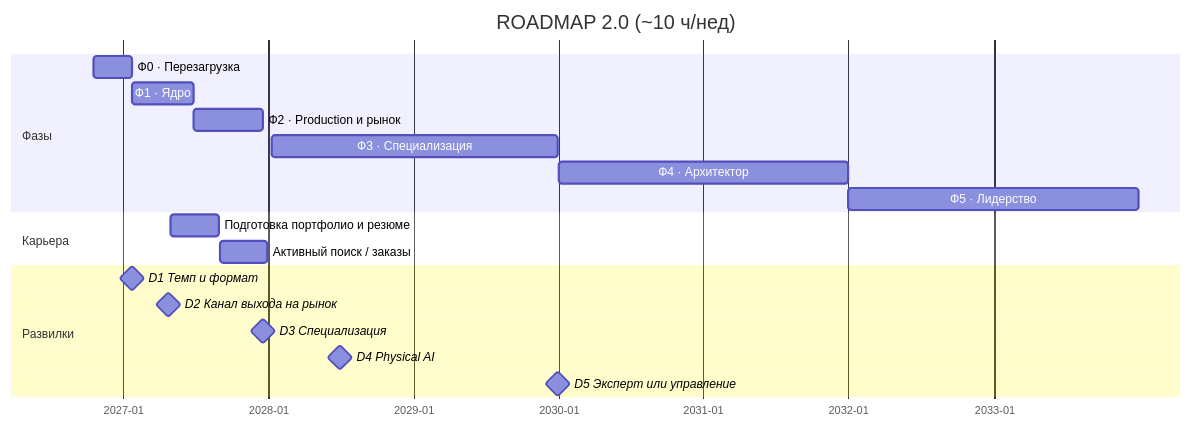
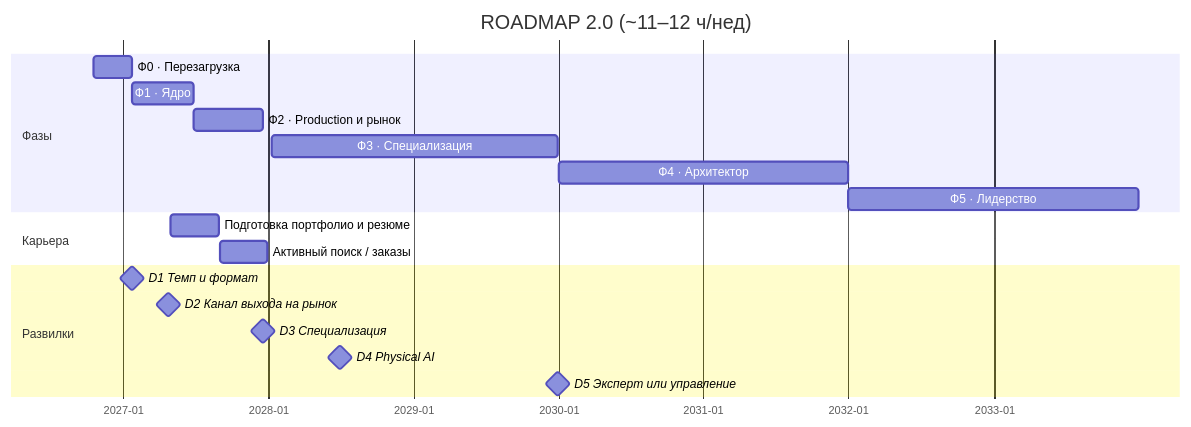
One commit to COMPACTBLUEFAN/turoring changed the second of 3 diagrams in ROADMAP.md. Above: the diagram before and after it, drawn with Mermaid. The commit also changed other lines of this file and 19 other files, not shown here.

````diff
--- a/ROADMAP.md
+++ b/ROADMAP.md
@@ -250,25 +250,25 @@
 ```mermaid
 gantt
-    title ROADMAP 2.0 (~10 ч/нед)
+    title ROADMAP 2.0 (~11–12 ч/нед)
     dateFormat YYYY-MM-DD
     axisFormat %Y-%m
 
     section Фазы
     Ф0 · Перезагрузка                 :p0, 2026-10-19, 2027-01-24
     Ф1 · Ядро                         :p1, 2027-01-25, 2027-06-27
     Ф2 · Production и рынок           :p2, 2027-06-28, 2027-12-19
     Ф3 · Специализация                :p3, 2028-01-10, 2029-12-31
     Ф4 · Архитектор                   :p4, 2030-01-01, 2031-12-31
     Ф5 · Лидерство                    :p5, 2032-01-01, 2033-12-31
 
     section Карьера
     Подготовка портфолио и резюме     :c1, 2027-05-01, 2027-08-31
     Активный поиск / заказы           :c2, 2027-09-01, 2027-12-31
 
     section Развилки
     D1 Темп и формат                  :milestone, 2027-01-24, 0d
     D2 Канал выхода на рынок          :milestone, 2027-04-25, 0d
     D3 Специализация                  :milestone, 2027-12-19, 0d
     D4 Physical AI                    :milestone, 2028-06-30, 0d
     D5 Эксперт или управление         :milestone, 2029-12-31, 0d
 ```
````
